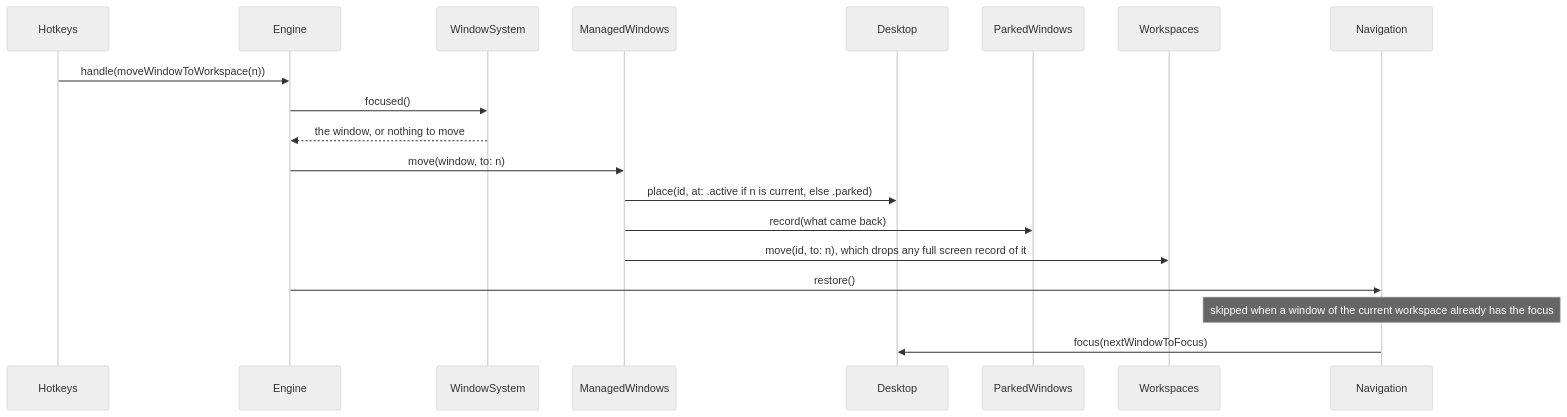
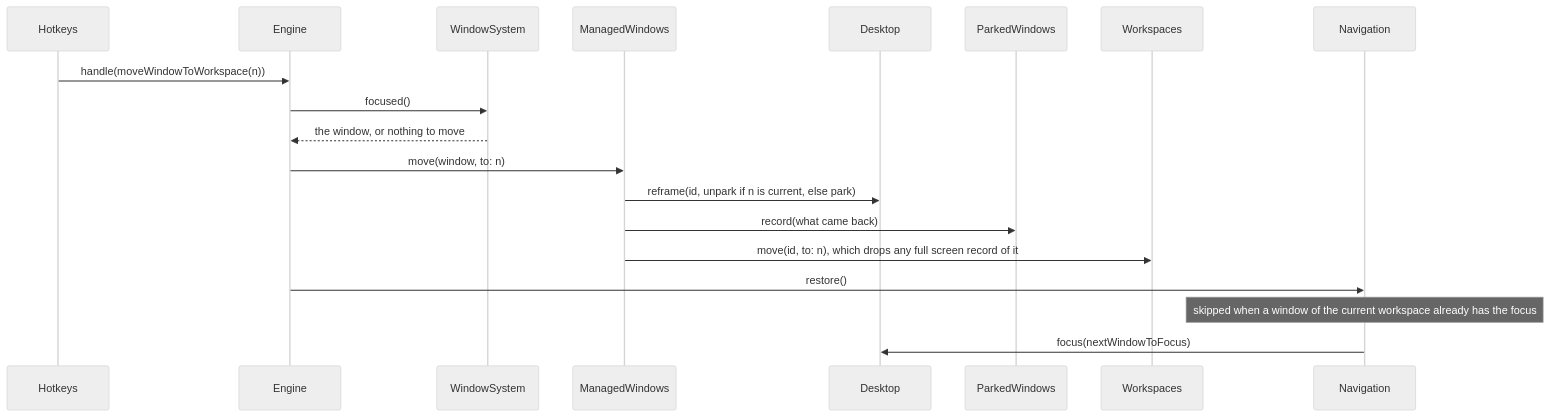
One commit to brennovich/ottowm changed the ninth of 18 diagrams in ARCHITECTURE.md. Above: the diagram before and after it, drawn with Mermaid (neutral theme). The commit also changed other lines of this file and 27 other files, not shown here.

First line of the commit message:
Remove place in favor of reframe

````diff
--- a/ARCHITECTURE.md
+++ b/ARCHITECTURE.md
@@ -248,13 +247,13 @@
 ```mermaid
 sequenceDiagram
     Hotkeys->>Engine: handle(moveWindowToWorkspace(n))
     Engine->>WindowSystem: focused()
     WindowSystem-->>Engine: the window, or nothing to move
     Engine->>ManagedWindows: move(window, to: n)
-    ManagedWindows->>Desktop: place(id, at: .active if n is current, else .parked)
+    ManagedWindows->>Desktop: reframe(id, unpark if n is current, else park)
     ManagedWindows->>ParkedWindows: record(what came back)
     ManagedWindows->>Workspaces: move(id, to: n), which drops any full screen record of it
     Engine->>Navigation: restore()
     Note over Navigation: skipped when a window of the current workspace already has the focus
     Navigation->>Desktop: focus(nextWindowToFocus)
 ```
````
